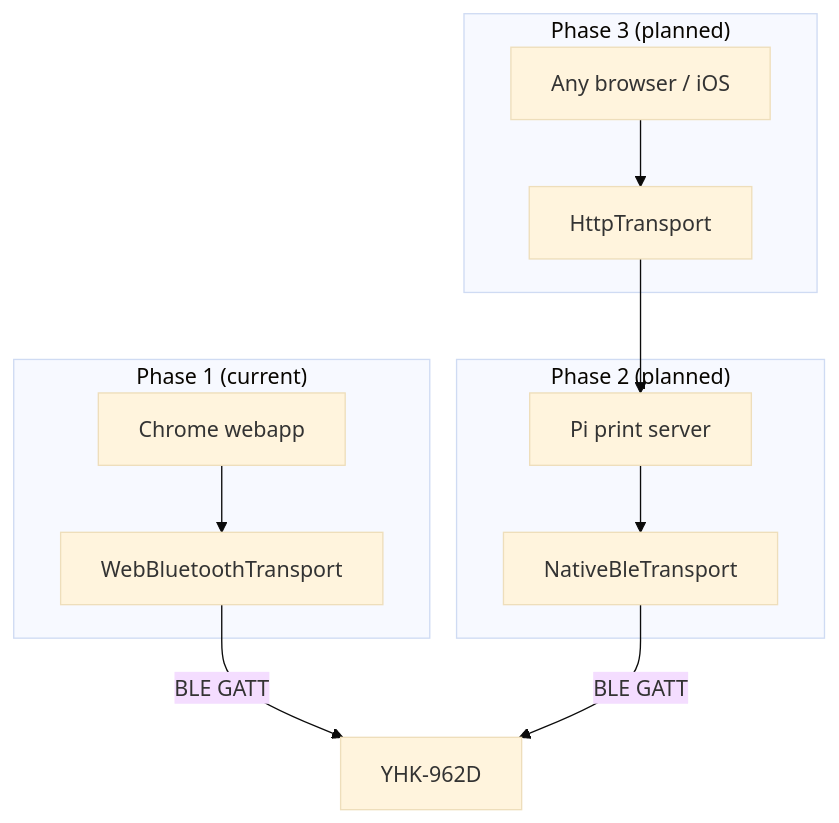
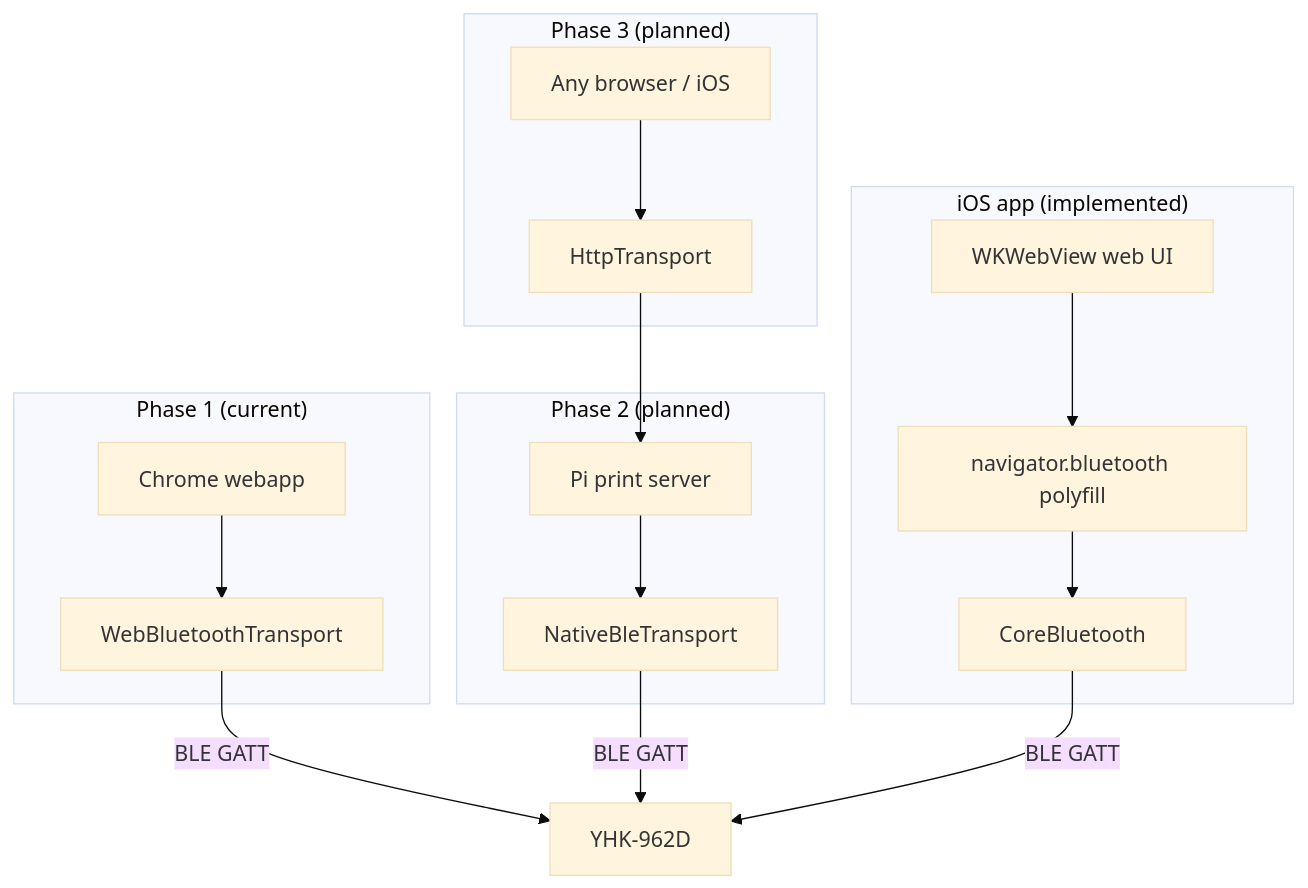
One commit to joshmcarthur/yhk-mini-printer changed the diagram in docs/architecture.md. Above: the diagram before and after it, drawn with Mermaid (base theme). The commit also changed other lines of this file and 15 other files, not shown here.

````diff
--- a/docs/architecture.md
+++ b/docs/architecture.md
@@ -7,25 +7,33 @@
 ```mermaid
 flowchart TB
   subgraph phase1 ["Phase 1 (current)"]
     Browser["Chrome webapp"]
     WebBT["WebBluetoothTransport"]
     Browser --> WebBT
   end
 
   subgraph phase2 ["Phase 2 (planned)"]
     Pi["Pi print server"]
     Native["NativeBleTransport"]
     Pi --> Native
   end
 
   subgraph phase3 ["Phase 3 (planned)"]
     Client["Any browser / iOS"]
     Http["HttpTransport"]
     Client --> Http --> Pi
   end
 
+  subgraph ios ["iOS app (implemented)"]
+    IOSWeb["WKWebView web UI"]
+    Polyfill["navigator.bluetooth polyfill"]
+    CoreBT["CoreBluetooth"]
+    IOSWeb --> Polyfill --> CoreBT
+  end
+
   Printer["YHK-962D"]
 
   WebBT -->|"BLE GATT"| Printer
   Native -->|"BLE GATT"| Printer
+  CoreBT -->|"BLE GATT"| Printer
 ```
````
